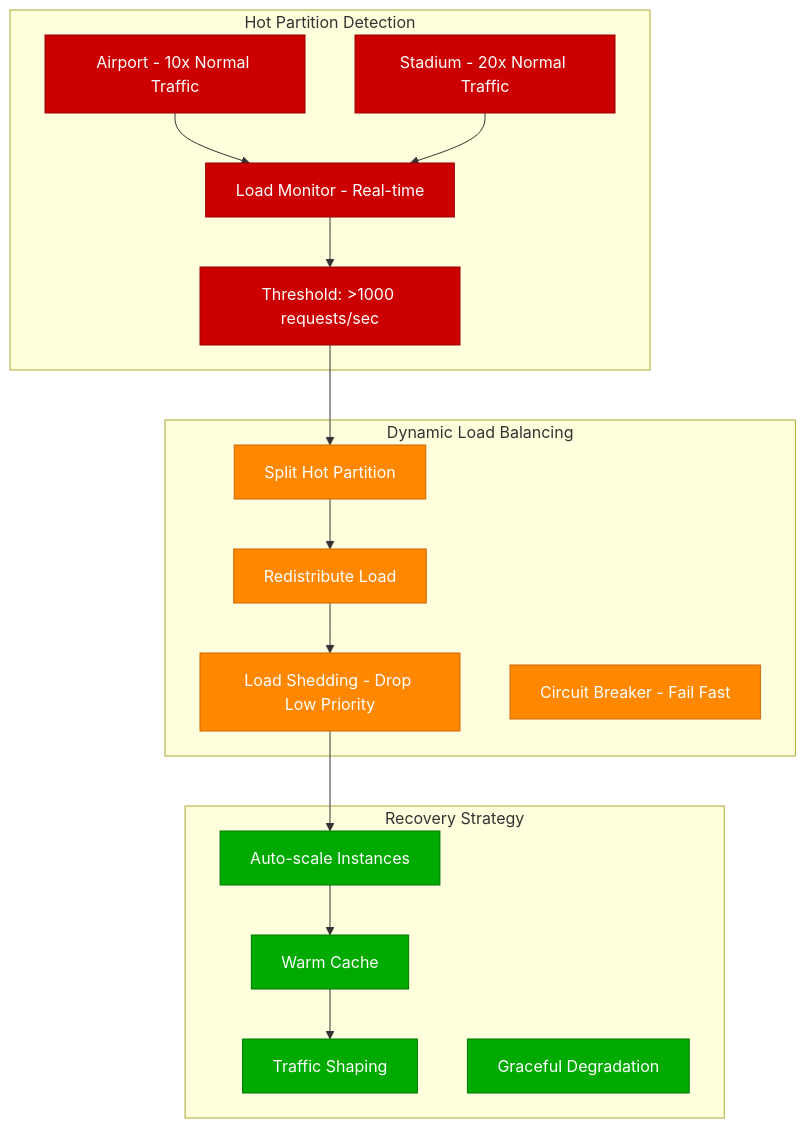
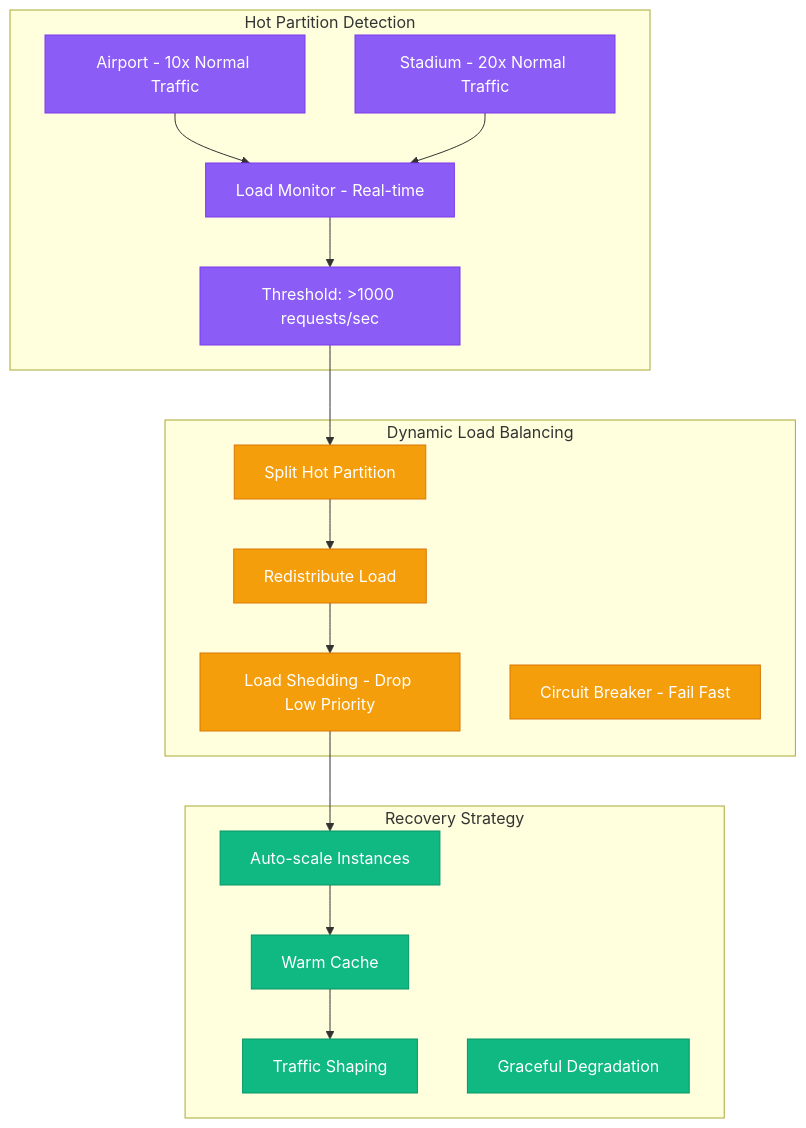
One commit to deepaucksharma/DS changed the seventh of 16 diagrams in site/docs/examples/case-studies.md. Above: the diagram before and after it, drawn with Mermaid. The commit also changed other lines of this file and 303 other files, not shown here.

````diff
--- a/site/docs/examples/case-studies.md
+++ b/site/docs/examples/case-studies.md
@@ -330,42 +330,42 @@
 ```mermaid
 graph TB
     subgraph HotSpots[Hot Partition Detection]
         AIRPORT[Airport - 10x Normal Traffic]
         STADIUM[Stadium - 20x Normal Traffic]
         MONITOR[Load Monitor - Real-time]
         THRESHOLD[Threshold: >1000 requests/sec]
     end
 
     subgraph LoadBalancing[Dynamic Load Balancing]
         SPLIT[Split Hot Partition]
         REDISTRIBUTE[Redistribute Load]
         SHED[Load Shedding - Drop Low Priority]
         CIRCUIT[Circuit Breaker - Fail Fast]
     end
 
     subgraph Recovery[Recovery Strategy]
         SCALE_OUT[Auto-scale Instances]
         CACHE_WARM[Warm Cache]
         TRAFFIC_SHAPE[Traffic Shaping]
         DEGRADE[Graceful Degradation]
     end
 
     AIRPORT --> MONITOR
     STADIUM --> MONITOR
     MONITOR --> THRESHOLD
     THRESHOLD --> SPLIT
     SPLIT --> REDISTRIBUTE
     REDISTRIBUTE --> SHED
 
     SHED --> SCALE_OUT
     SCALE_OUT --> CACHE_WARM
     CACHE_WARM --> TRAFFIC_SHAPE
 
-    classDef hotStyle fill:#CC0000,stroke:#990000,color:#fff
-    classDef balanceStyle fill:#FF8800,stroke:#CC6600,color:#fff
-    classDef recoveryStyle fill:#00AA00,stroke:#007700,color:#fff
+    classDef hotStyle fill:#8B5CF6,stroke:#7C3AED,color:#fff
+    classDef balanceStyle fill:#F59E0B,stroke:#D97706,color:#fff
+    classDef recoveryStyle fill:#10B981,stroke:#059669,color:#fff
 
     class AIRPORT,STADIUM,MONITOR,THRESHOLD hotStyle
     class SPLIT,REDISTRIBUTE,SHED,CIRCUIT balanceStyle
     class SCALE_OUT,CACHE_WARM,TRAFFIC_SHAPE,DEGRADE recoveryStyle
 ```
````
